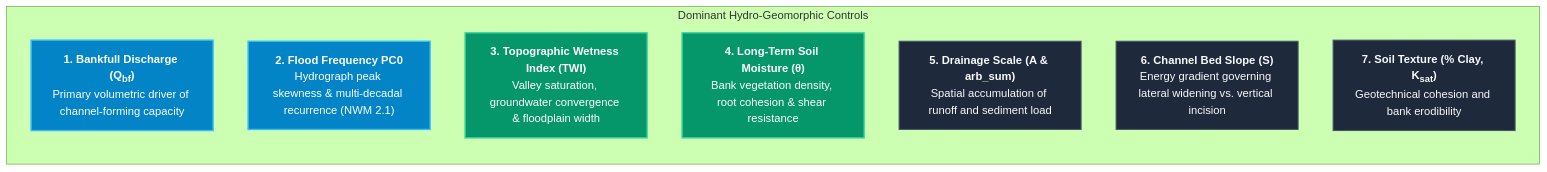
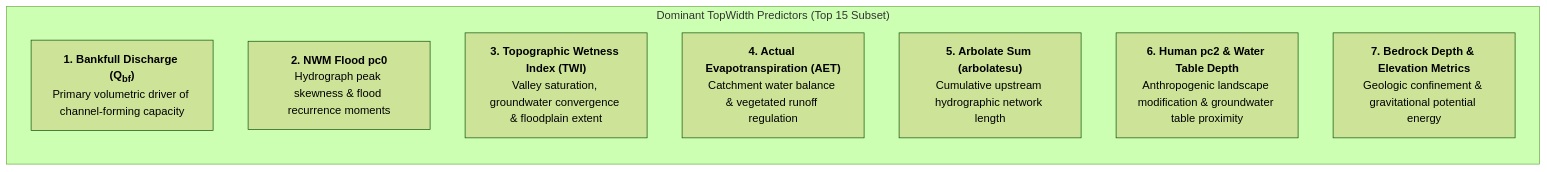
The first of 3 diagrams in docs/v1.0/tw/xai.md (arashmodrad/ml_web), drawn with Mermaid (forest theme) before and after one commit. The commit also changed other lines of this file and 40 other files, not shown here.

````diff
--- a/docs/v1.0/tw/xai.md
+++ b/docs/v1.0/tw/xai.md
@@ -40,19 +38,22 @@
 ```mermaid
 flowchart TD
-    subgraph DRIVERS ["Dominant Hydro-Geomorphic Controls"]
+    subgraph DRIVERS ["Dominant TopWidth Predictors (Top 15 Subset)"]
         direction TB
         QBF["<b>1. Bankfull Discharge (Q<sub>bf</sub>)</b><br/>Primary volumetric driver of channel-forming capacity"]
-        PC0["<b>2. Flood Frequency PC0</b><br/>Hydrograph peak skewness & multi-decadal recurrence (NWM 2.1)"]
-        TWI["<b>3. Topographic Wetness Index (TWI)</b><br/>Valley saturation, groundwater convergence & floodplain width"]
-        SM["<b>4. Long-Term Soil Moisture (&theta;)</b><br/>Bank vegetation density, root cohesion & shear resistance"]
-        SCALE["<b>5. Drainage Scale (A & arb_sum)</b><br/>Spatial accumulation of runoff and sediment load"]
-        SLOPE["<b>6. Channel Bed Slope (S)</b><br/>Energy gradient governing lateral widening vs. vertical incision"]
-        SOIL["<b>7. Soil Texture (% Clay, K<sub>sat</sub>)</b><br/>Geotechnical cohesion and bank erodibility"]
+        PC0["<b>2. NWM Flood pc0</b><br/>Hydrograph peak skewness & flood recurrence moments"]
+        TWI["<b>3. Topographic Wetness Index (TWI)</b><br/>Valley saturation, groundwater convergence & floodplain extent"]
+        AET["<b>4. Actual Evapotranspiration (AET)</b><br/>Catchment water balance & vegetated runoff regulation"]
+        ARB["<b>5. Arbolate Sum (arbolatesu)</b><br/>Cumulative upstream hydrographic network length"]
+        HUM["<b>6. Human pc2 & Water Table Depth</b><br/>Anthropogenic landscape modification & groundwater table proximity"]
+        ENV["<b>7. Bedrock Depth & Elevation Metrics</b><br/>Geologic confinement & gravitational potential energy"]
     end
 
-    classDef default fill:#1e293b,stroke:#475569,stroke-width:1.5px,color:#f8fafc;
-    classDef primary fill:#0284c7,stroke:#38bdf8,stroke-width:2px,color:#ffffff;
-    classDef secondary fill:#059669,stroke:#34d399,stroke-width:2px,color:#ffffff;
-    class QBF,PC0 primary;
-    class TWI,SM secondary;
+    class DRIVERS highlight-blue;
+    class QBF highlight-blue;
+    class PC0 highlight-blue;
+    class TWI highlight-teal;
+    class AET highlight-teal;
+    class ARB highlight-teal;
+    class HUM highlight-orange;
+    class ENV highlight-orange;
 ```
````
